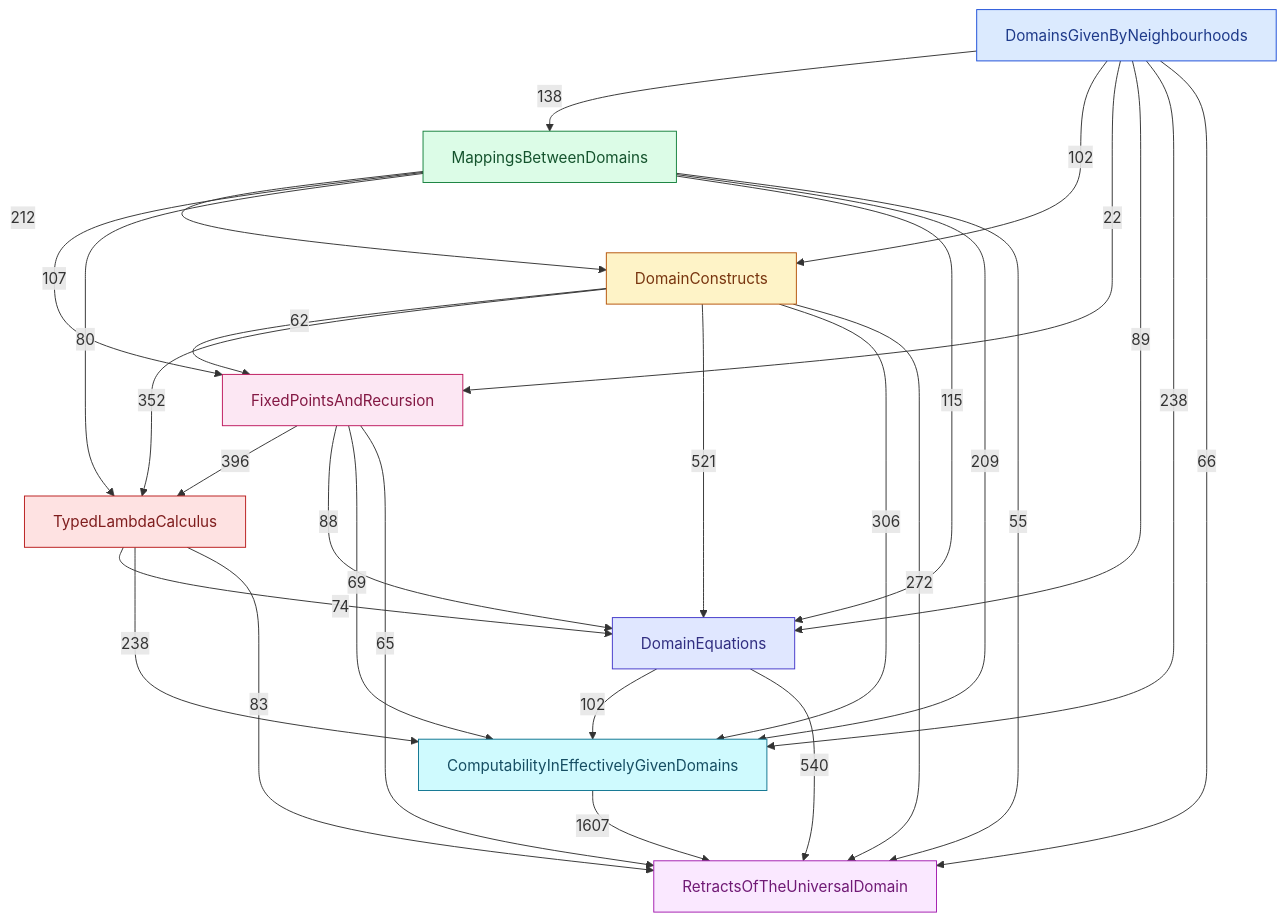
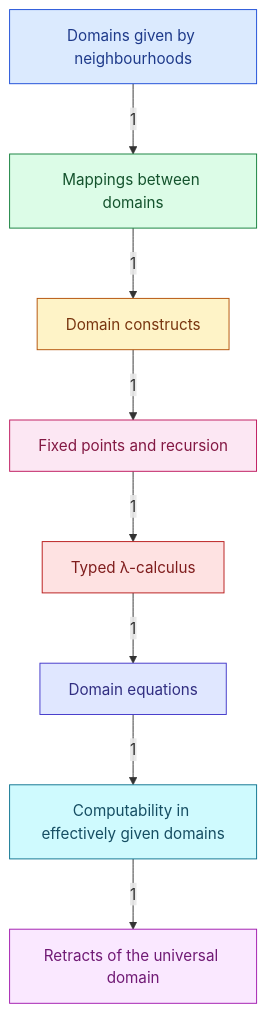
Before and after one commit to catskillsresearch/DomainTheory: the diagram in DomainTheory/1980_Neighborhood.mermaid, drawn with Mermaid. The commit also changed 1 other file, not shown here.

```diff
--- a/DomainTheory/1980_Neighborhood.mermaid
+++ b/DomainTheory/1980_Neighborhood.mermaid
@@ -1,57 +1,42 @@
-%% Each box is one folder under NeighbourhoodSystems.
-%% The arrowhead points at the folder that imports. The label is how many direct imports.
+%% Each box is one section. The arrowhead is on the section that imports.
+%% The number is how many direct imports.
+%% An arrow already implied by a longer path is omitted.
+%% The introduction has no Lean file, so it has no arrow.
 flowchart TB
-  N0["DomainsGivenByNeighbourhoods"]
-  N1["MappingsBetweenDomains"]
-  N2["DomainConstructs"]
-  N3["FixedPointsAndRecursion"]
-  N4["TypedLambdaCalculus"]
-  N5["DomainEquations"]
-  N6["ComputabilityInEffectivelyGivenDomains"]
-  N7["RetractsOfTheUniversalDomain"]
 
-  N0 -->|"138"| N1
-  N0 -->|"102"| N2
-  N1 -->|"212"| N2
-  N2 -->|"62"| N3
-  N0 -->|"22"| N3
-  N1 -->|"107"| N3
-  N2 -->|"352"| N4
-  N3 -->|"396"| N4
-  N1 -->|"80"| N4
-  N2 -->|"521"| N5
-  N0 -->|"89"| N5
-  N3 -->|"88"| N5
-  N1 -->|"115"| N5
-  N4 -->|"74"| N5
-  N2 -->|"306"| N6
-  N5 -->|"102"| N6
-  N0 -->|"238"| N6
-  N3 -->|"69"| N6
-  N1 -->|"209"| N6
-  N4 -->|"238"| N6
-  N6 -->|"1607"| N7
-  N2 -->|"272"| N7
-  N5 -->|"540"| N7
-  N0 -->|"66"| N7
-  N3 -->|"65"| N7
-  N1 -->|"55"| N7
-  N4 -->|"83"| N7
+  DOM["Domains given by neighbourhoods"]
+  MAP["Mappings between domains"]
+  CON["Domain constructs"]
+  FIX["Fixed points and recursion"]
+  LAM["Typed λ-calculus"]
+  EQ["Domain equations"]
+  COMP["Computability in effectively given domains"]
+  RET["Retracts of the universal domain"]
 
-  classDef c0 fill:#dbeafe,stroke:#1d4ed8,color:#1e3a8a
-  classDef c1 fill:#dcfce7,stroke:#15803d,color:#14532d
-  classDef c2 fill:#fef3c7,stroke:#b45309,color:#78350f
-  classDef c3 fill:#fce7f3,stroke:#be185d,color:#831843
-  classDef c4 fill:#fee2e2,stroke:#b91c1c,color:#7f1d1d
-  classDef c5 fill:#e0e7ff,stroke:#4338ca,color:#312e81
-  classDef c6 fill:#cffafe,stroke:#0e7490,color:#164e63
-  classDef c7 fill:#fae8ff,stroke:#a21caf,color:#701a75
+  DOM -->|"1"| MAP
+  MAP -->|"1"| CON
+  CON -->|"1"| FIX
+  FIX -->|"1"| LAM
+  LAM -->|"1"| EQ
+  EQ -->|"1"| COMP
+  COMP -->|"1"| RET
 
-  class N0 c0
-  class N1 c1
-  class N2 c2
-  class N3 c3
-  class N4 c4
-  class N5 c5
-  class N6 c6
-  class N7 c7
+  classDef c0 fill:#f1f5f9,stroke:#64748b,color:#0f172a
+  classDef c1 fill:#dbeafe,stroke:#1d4ed8,color:#1e3a8a
+  classDef c2 fill:#dcfce7,stroke:#15803d,color:#14532d
+  classDef c3 fill:#fef3c7,stroke:#b45309,color:#78350f
+  classDef c4 fill:#fce7f3,stroke:#be185d,color:#831843
+  classDef c5 fill:#fee2e2,stroke:#b91c1c,color:#7f1d1d
+  classDef c6 fill:#e0e7ff,stroke:#4338ca,color:#312e81
+  classDef c7 fill:#cffafe,stroke:#0e7490,color:#164e63
+  classDef c8 fill:#fae8ff,stroke:#a21caf,color:#701a75
+
+  class INTRO c0
+  class DOM c1
+  class MAP c2
+  class CON c3
+  class FIX c4
+  class LAM c5
+  class EQ c6
+  class COMP c7
+  class RET c8
```
